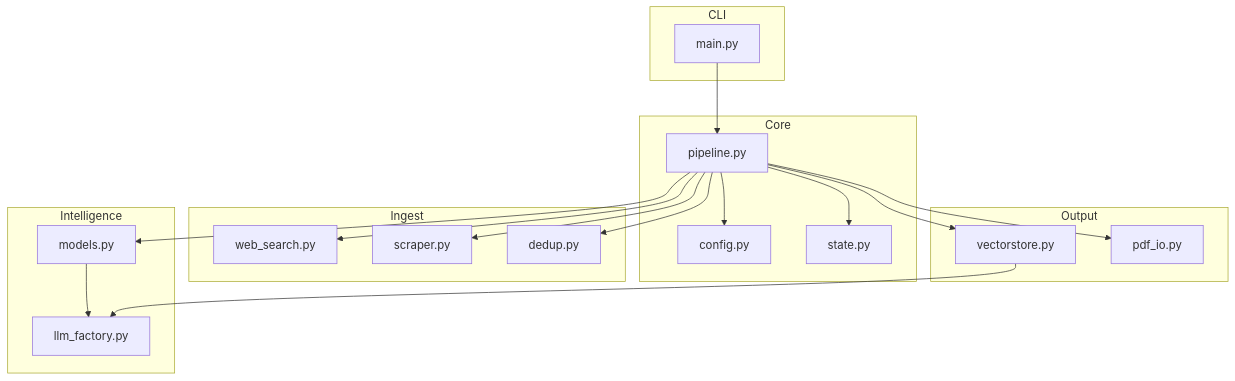
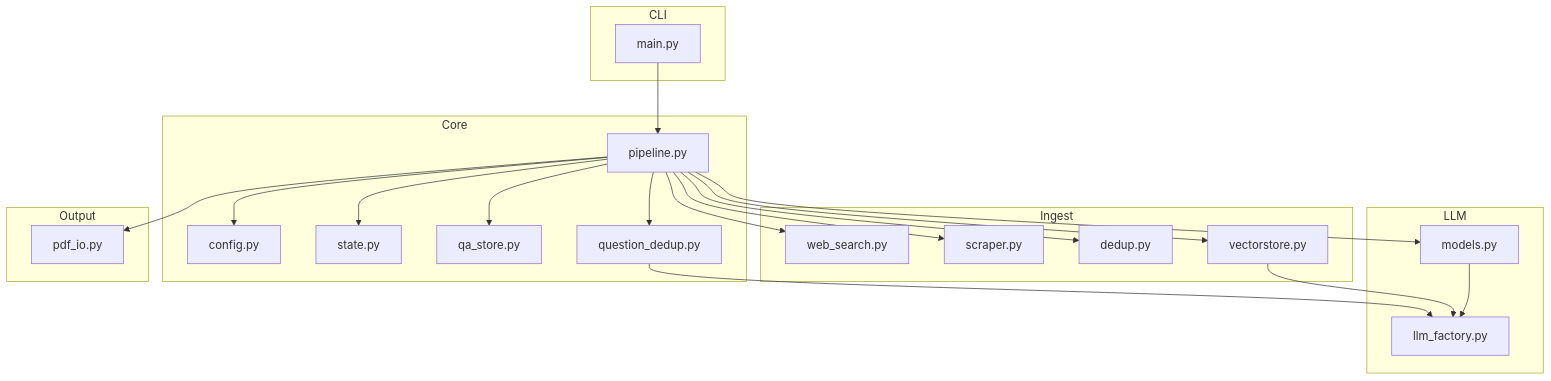
One commit to souravgupta2214/Agentic-RAG changed diagram 13 of 14 in docs/END_TO_END_FLOW.md. Above: the diagram before and after it, drawn with Mermaid. The commit also changed other lines of this file and 1 other file, not shown here.

````diff
--- a/docs/END_TO_END_FLOW.md
+++ b/docs/END_TO_END_FLOW.md
@@ -311,40 +366,45 @@
 ```mermaid
 flowchart TB
     subgraph cli_grp [CLI]
         M[main.py]
     end
 
     subgraph core_grp [Core]
         P[pipeline.py]
         C[config.py]
         ST[state.py]
+        QA[qa_store.py]
+        QD[question_dedup.py]
     end
 
     subgraph ingest_grp [Ingest]
         WS[web_search.py]
         SCR[scraper.py]
         DED[dedup.py]
+        VS[vectorstore.py]
     end
 
-    subgraph intel_grp [Intelligence]
+    subgraph intelligence_grp [LLM]
         LF[llm_factory.py]
         MOD[models.py]
     end
 
-    subgraph out_grp [Output]
-        VS[vectorstore.py]
-        PDFF[pdf_io.py]
+    subgraph output_grp [Output]
+        PDF[pdf_io.py]
     end
 
     M --> P
     P --> C
     P --> ST
+    P --> QA
+    P --> QD
     P --> WS
     P --> SCR
     P --> DED
     P --> VS
     P --> MOD
-    P --> PDFF
+    P --> PDF
     MOD --> LF
     VS --> LF
+    QD --> LF
 ```
````
